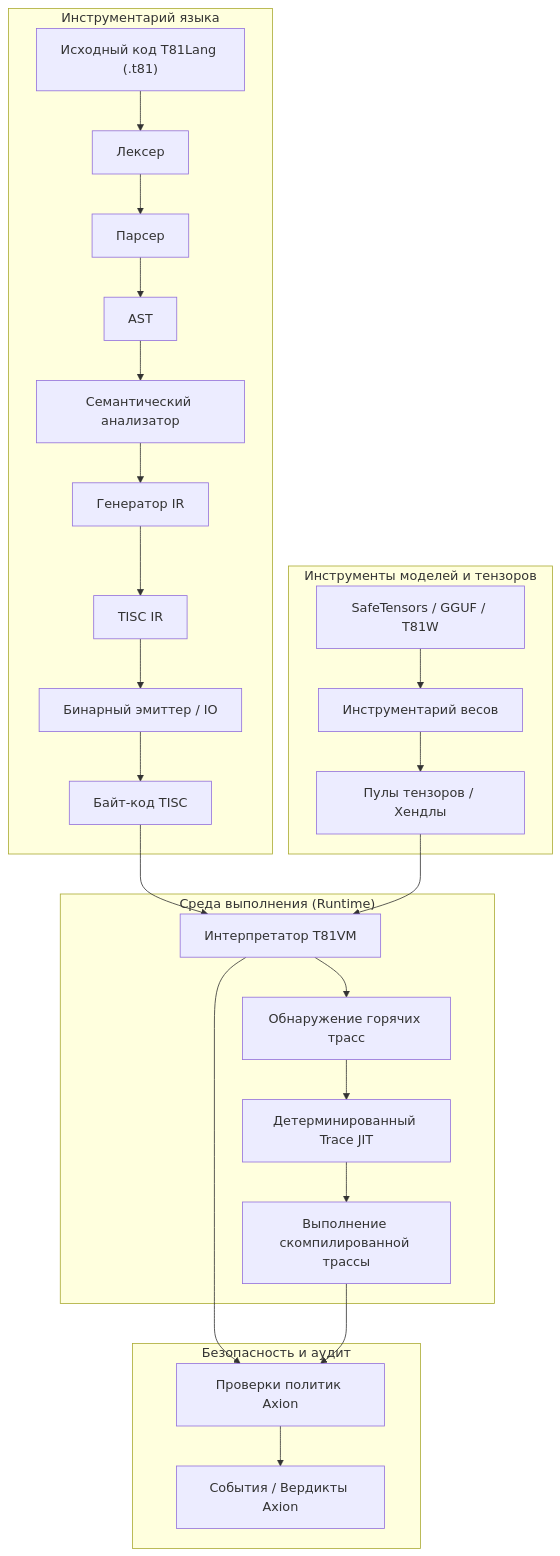
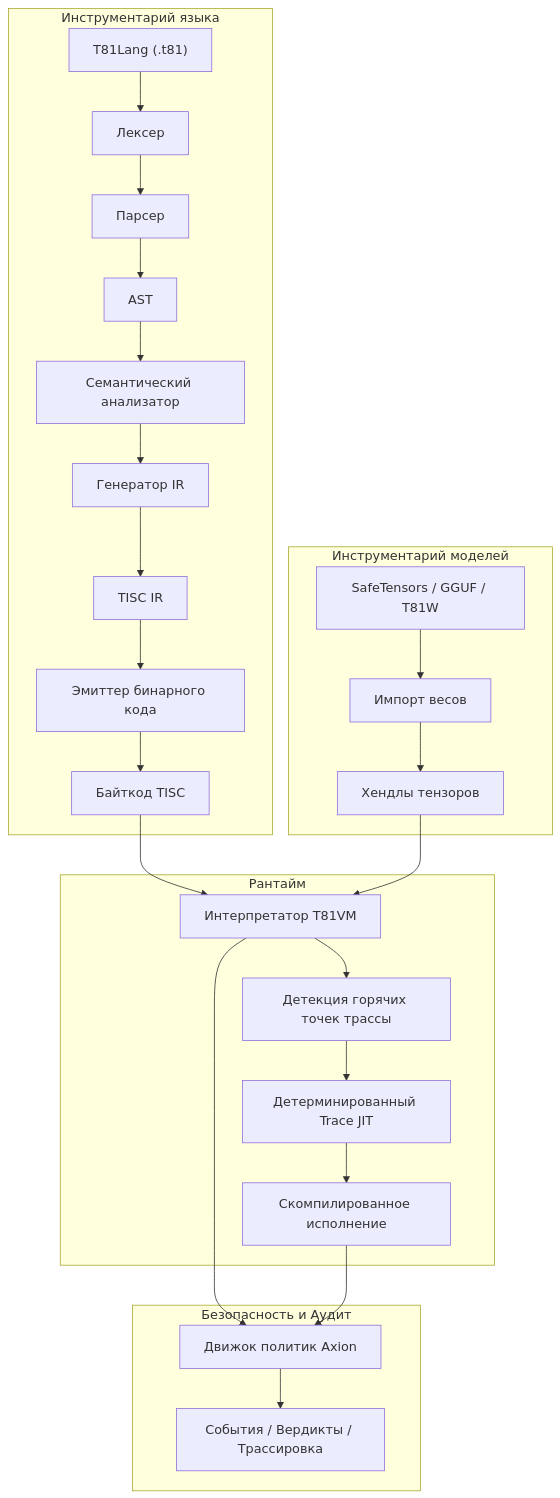
The diagram in README.ru.md (ryansctt1994-sudo/t81-foundation), drawn with Mermaid before and after one commit. The commit also changed other lines of this file, not shown here.

````diff
--- a/README.ru.md
+++ b/README.ru.md
@@ -101,30 +102,30 @@
 ```mermaid
 graph TD
     subgraph "Инструментарий языка"
-        A["Исходный код T81Lang (.t81)"] --> B[Лексер]
+        A["T81Lang (.t81)"] --> B[Лексер]
         B --> C[Парсер]
         C --> D[AST]
         D --> E["Семантический анализатор"]
         E --> F["Генератор IR"]
         F --> G["TISC IR"]
-        G --> H["Бинарный эмиттер / IO"]
-        H --> I["Байт-код TISC"]
+        G --> H["Эмиттер бинарного кода"]
+        H --> I["Байткод TISC"]
     end
-    subgraph "Среда выполнения (Runtime)"
+    subgraph "Рантайм"
         I --> J["Интерпретатор T81VM"]
-        J --> K["Обнаружение горячих трасс"]
+        J --> K["Детекция горячих точек трассы"]
         K --> L["Детерминированный Trace JIT"]
-        L --> M["Выполнение скомпилированной трассы"]
+        L --> M["Скомпилированное исполнение"]
     end
-    subgraph "Безопасность и аудит"
-        J --> N["Проверки политик Axion"]
+    subgraph "Безопасность и Аудит"
+        J --> N["Движок политик Axion"]
         M --> N
-        N --> O["События / Вердикты Axion"]
+        N --> O["События / Вердикты / Трассировка"]
     end
-    subgraph "Инструменты моделей и тензоров"
-        P["SafeTensors / GGUF / T81W"] --> Q["Инструментарий весов"]
-        Q --> R["Пулы тензоров / Хендлы"]
+    subgraph "Инструментарий моделей"
+        P["SafeTensors / GGUF / T81W"] --> Q["Импорт весов"]
+        Q --> R["Хендлы тензоров"]
         R --> J
     end
 
 ```
````
